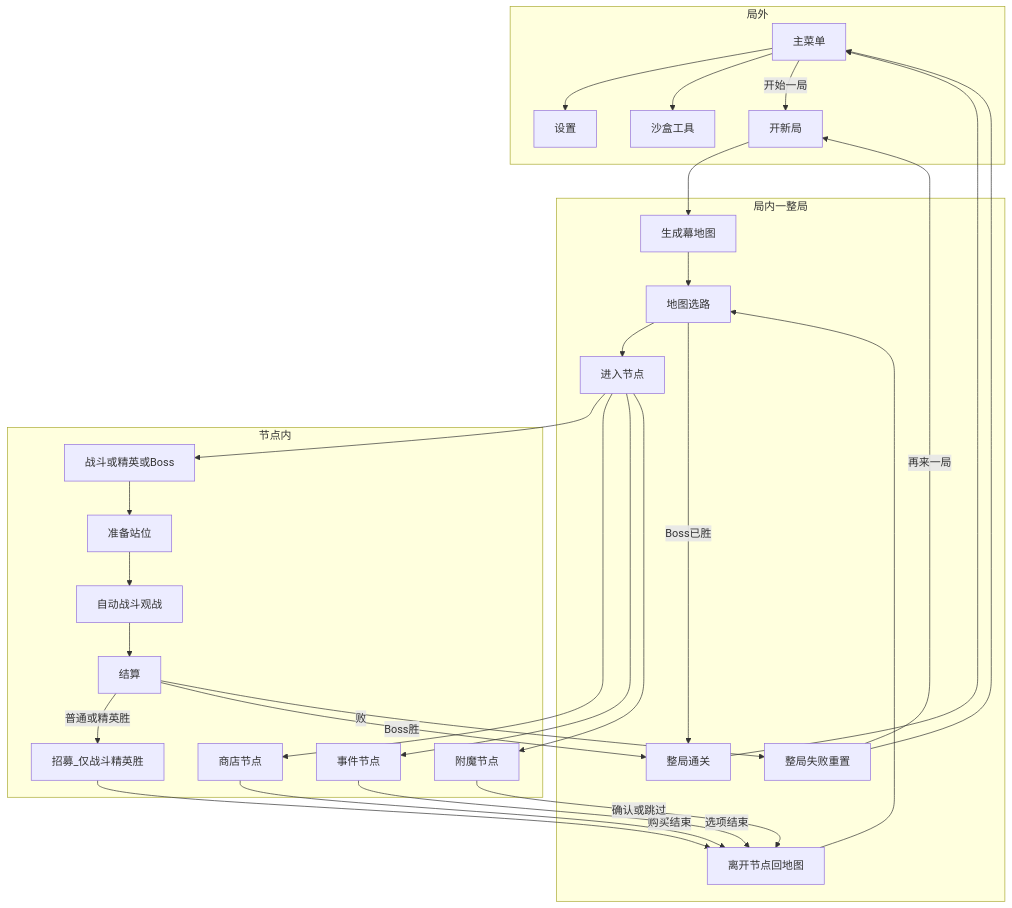
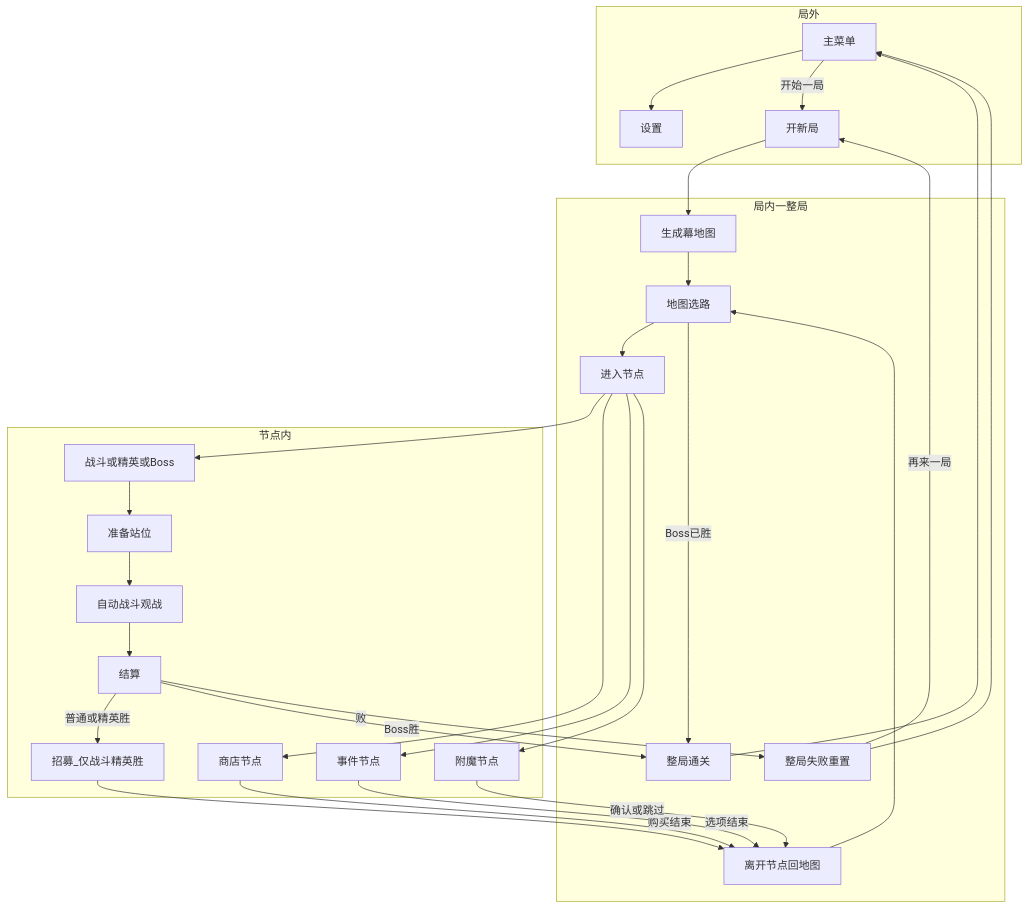
Before and after one commit to Kanerickyz/project-autochess: the diagram in Documents/Features/GAME_LOOP.md, drawn with Mermaid. The commit also changed other lines of this file and 33 other files, not shown here.

First line of the commit message:
feat: Boss 数值、枯骨回血、介绍卡图标并移除沙盒

````diff
--- a/Documents/Features/GAME_LOOP.md
+++ b/Documents/Features/GAME_LOOP.md
@@ -103,50 +103,48 @@
 ```mermaid
 flowchart TD
   subgraph Meta[局外]
     MainMenu[主菜单]
     Settings[设置]
-    Sandbox[沙盒工具]
     MainMenu --> Settings
-    MainMenu --> Sandbox
     MainMenu -->|开始一局| NewRun[开新局]
   end
 
   subgraph RunLoop[局内一整局]
     GenMap[生成幕地图]
     MapSelect[地图选路]
     EnterNode[进入节点]
     LeaveNode[离开节点回地图]
     RunWin[整局通关]
     RunLose[整局失败重置]
     NewRun --> GenMap --> MapSelect
     MapSelect --> EnterNode
     LeaveNode --> MapSelect
     MapSelect -->|Boss已胜| RunWin
   end
 
   subgraph NodeInner[节点内]
     CombatNode[战斗或精英或Boss]
     ShopNode[商店节点]
     EventNode[事件节点]
     EnchantNode[附魔节点]
     Prep[准备站位]
     AutoCombat[自动战斗观战]
     Resolve[结算]
     Recruit[招募_仅战斗精英胜]
     CombatNode --> Prep --> AutoCombat --> Resolve
     Resolve -->|普通或精英胜| Recruit --> LeaveNode
     Resolve -->|Boss胜| RunWin
     Resolve -->|败| RunLose
     ShopNode -->|购买结束| LeaveNode
     EventNode -->|选项结束| LeaveNode
     EnchantNode -->|确认或跳过| LeaveNode
   end
 
   EnterNode --> CombatNode
   EnterNode --> ShopNode
   EnterNode --> EventNode
   EnterNode --> EnchantNode
   RunWin --> MainMenu
   RunLose --> MainMenu
   RunLose -->|再来一局| NewRun
 ```
````
